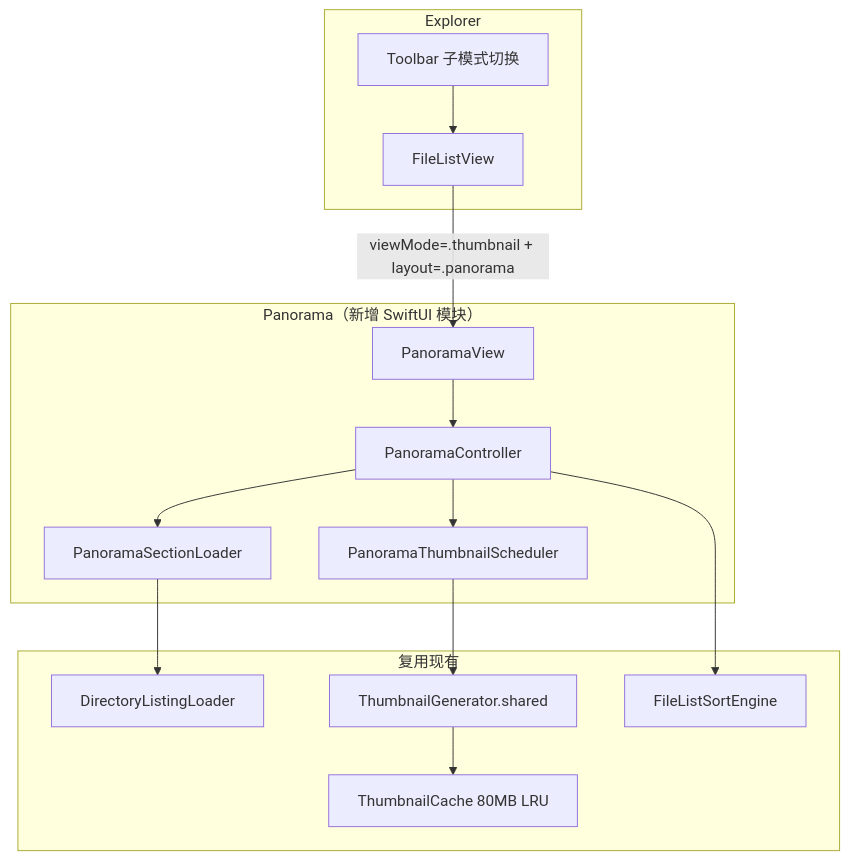
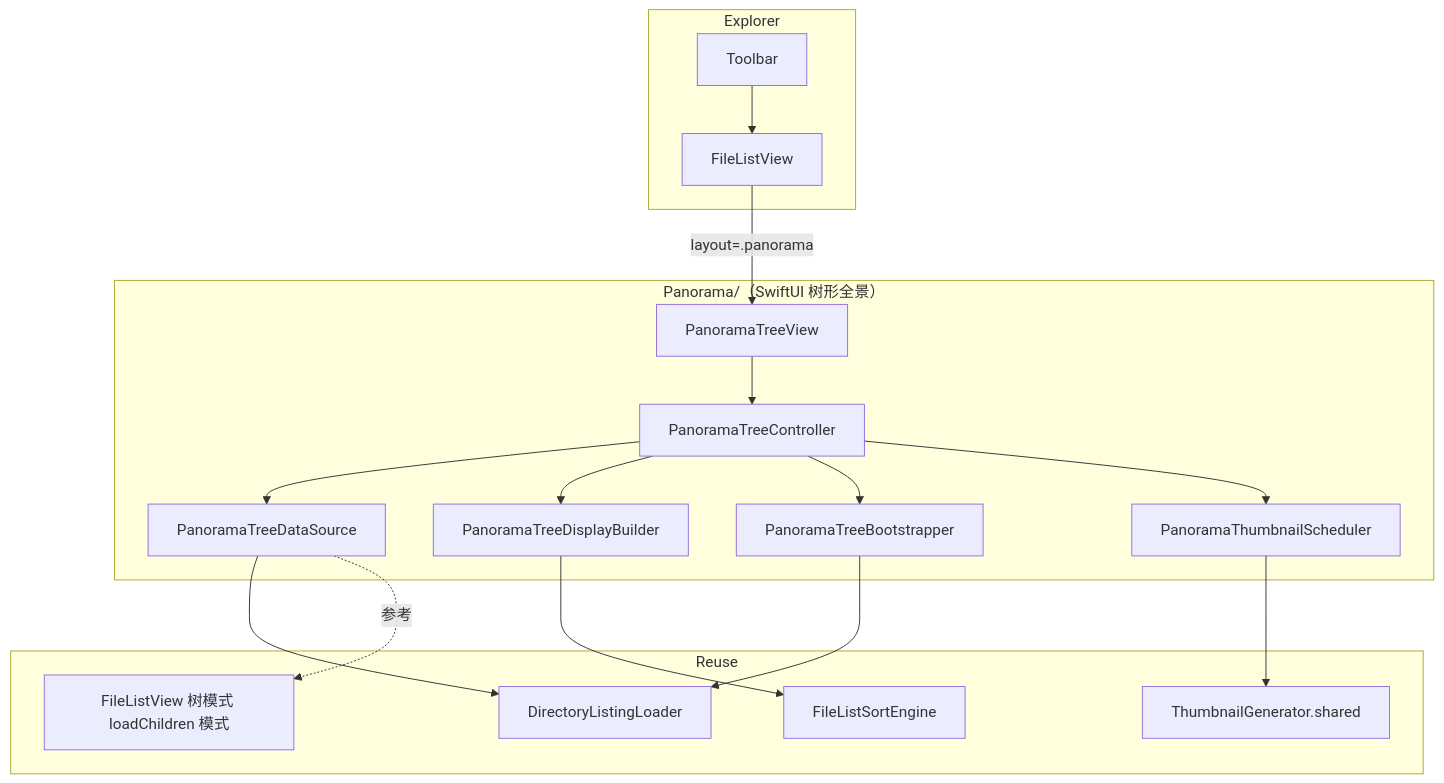
One commit to meetrize/macquickfinder changed the first of 2 diagrams in docs/panorama-thumbnail-design.md. Above: the diagram before and after it, drawn with Mermaid. The commit also changed other lines of this file and 40 other files, not shown here.

First line of the commit message:
feat: 新增子目录全景缩略图模式，支持缩略图布局与展开深度设置

````diff
--- a/docs/panorama-thumbnail-design.md
+++ b/docs/panorama-thumbnail-design.md
@@ -125,31 +143,36 @@
 ```mermaid
 flowchart TB
     subgraph Explorer
         FLV[FileListView]
-        TB[Toolbar 子模式切换]
+        TB[Toolbar]
     end
 
-    subgraph PanoramaModule["Panorama（新增 SwiftUI 模块）"]
-        PV[PanoramaView]
-        PC[PanoramaController]
-        SL[PanoramaSectionLoader]
+    subgraph PanoramaTree["Panorama/（SwiftUI 树形全景）"]
+        PV[PanoramaTreeView]
+        PC[PanoramaTreeController]
+        TDS[PanoramaTreeDataSource]
+        TDB[PanoramaTreeDisplayBuilder]
+        BS[PanoramaTreeBootstrapper]
         TS[PanoramaThumbnailScheduler]
     end
 
-    subgraph Reuse["复用现有"]
+    subgraph Reuse
         DLL[DirectoryListingLoader]
         TG[ThumbnailGenerator.shared]
-        TC[ThumbnailCache 80MB LRU]
         FSE[FileListSortEngine]
+        FT[FileListView 树模式 loadChildren 模式]
     end
 
     TB --> FLV
-    FLV -->|viewMode=.thumbnail + layout=.panorama| PV
+    FLV -->|layout=.panorama| PV
     PV --> PC
-    PC --> SL
+    PC --> TDS
+    PC --> TDB
+    PC --> BS
     PC --> TS
-    SL --> DLL
+    TDS --> DLL
+    BS --> DLL
     TS --> TG
-    TG --> TC
-    PC --> FSE
+    TDB --> FSE
+    TDS -.参考.-> FT
 ```
````
